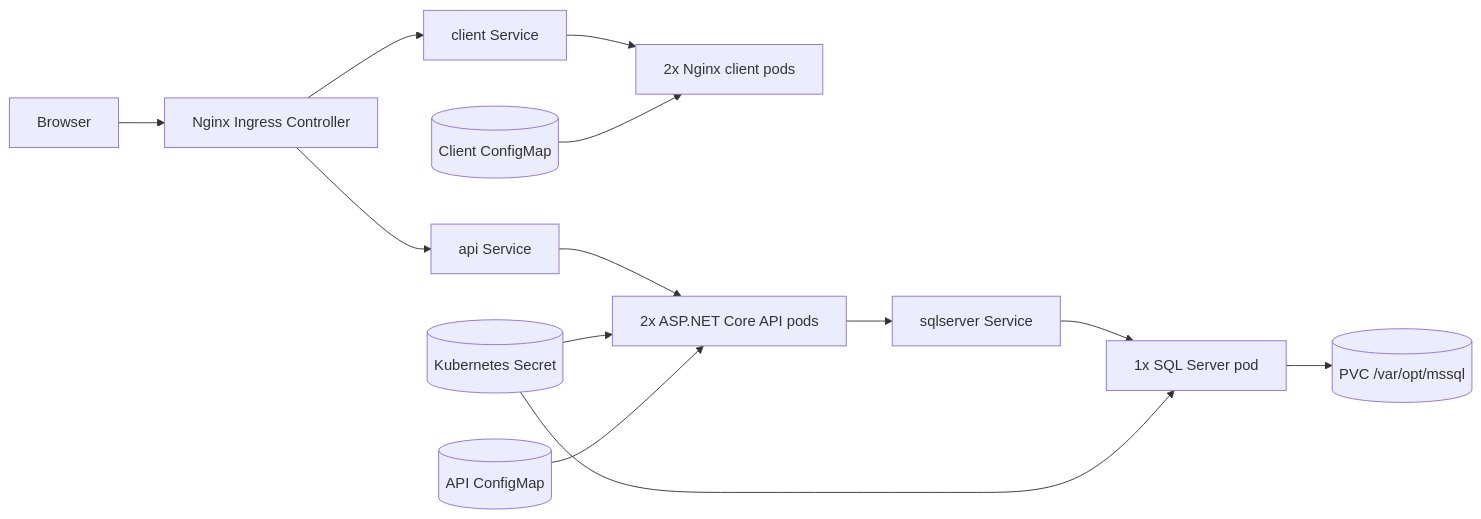
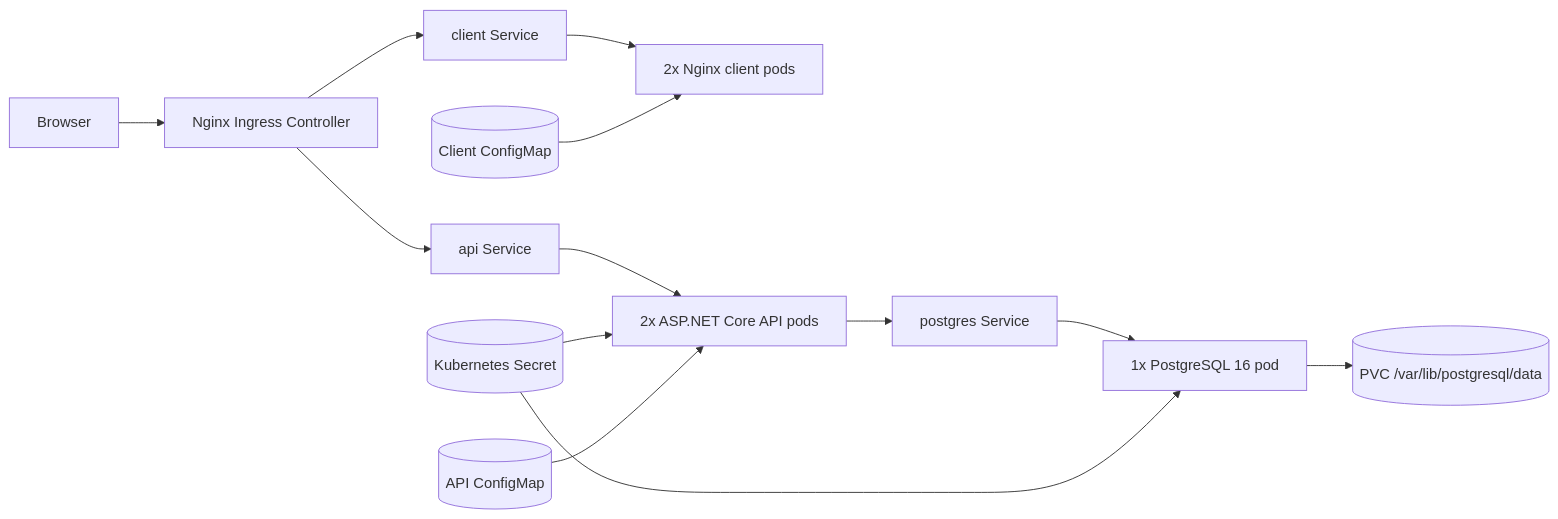
Before and after one commit to GeorgeMSchaffer/Collega: the diagram in SPEC/50-kubernetes-deployment.md, drawn with Mermaid. The commit also changed other lines of this file, not shown here.

````diff
--- a/SPEC/50-kubernetes-deployment.md
+++ b/SPEC/50-kubernetes-deployment.md
@@ -17,15 +51,15 @@
 ```mermaid
 flowchart LR
     User[Browser] --> Ingress[Nginx Ingress Controller]
     Ingress --> ClientSvc[client Service]
     Ingress --> ApiSvc[api Service]
     ClientSvc --> ClientPods[2x Nginx client pods]
     ApiSvc --> ApiPods[2x ASP.NET Core API pods]
-    ApiPods --> SqlSvc[sqlserver Service]
-    SqlSvc --> SqlPod[1x SQL Server pod]
-    SqlPod --> SqlPvc[(PVC /var/opt/mssql)]
+    ApiPods --> PgSvc[postgres Service]
+    PgSvc --> PgPod[1x PostgreSQL 16 pod]
+    PgPod --> PgPvc[(PVC /var/lib/postgresql/data)]
     Secret[(Kubernetes Secret)] --> ApiPods
-    Secret --> SqlPod
+    Secret --> PgPod
     ConfigApi[(API ConfigMap)] --> ApiPods
     ConfigClient[(Client ConfigMap)] --> ClientPods
 ```
````
